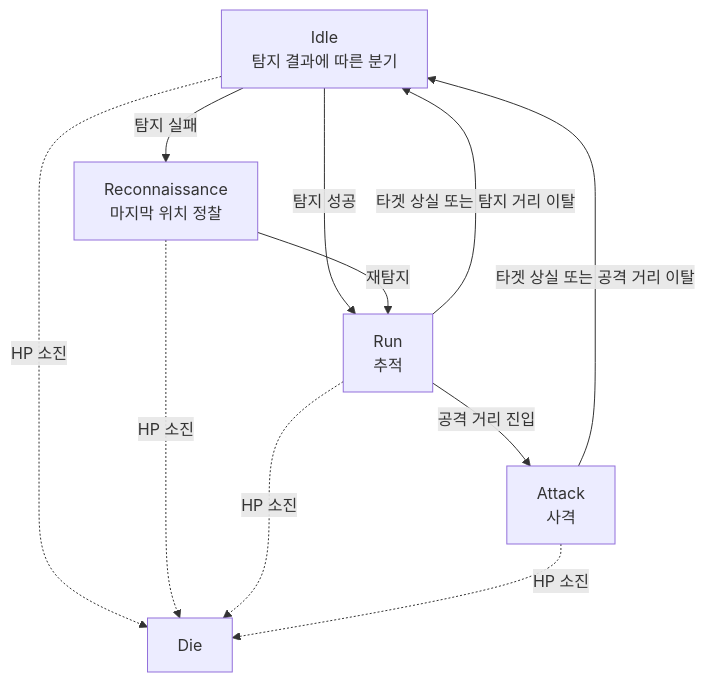
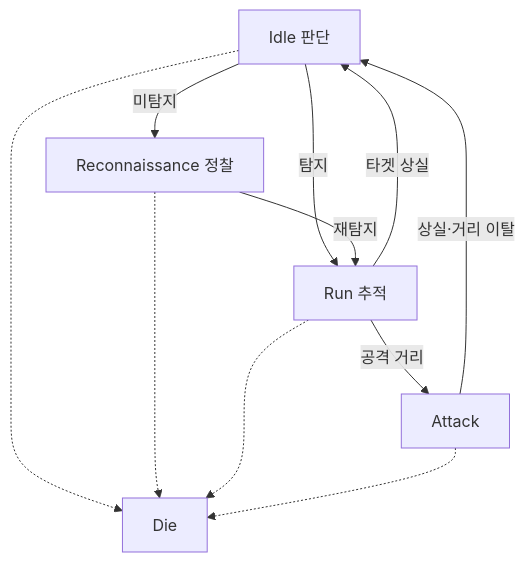
The second of 3 diagrams in Unity_fps_project/Project/architecture.md (youngchan-kim/Developer_Portfolio), drawn with Mermaid before and after one commit. The commit also changed other lines of this file and 8 other files, not shown here.

````diff
--- a/Unity_fps_project/Project/architecture.md
+++ b/Unity_fps_project/Project/architecture.md
@@ -130,13 +22,13 @@
 ```mermaid
 flowchart TD
-    I["Idle<br/>탐지 결과에 따른 분기"] -->|탐지 성공| R["Run<br/>추적"]
-    I -->|탐지 실패| S["Reconnaissance<br/>마지막 위치 정찰"]
+    I[Idle 판단] -->|탐지| R[Run 추적]
+    I -->|미탐지| S[Reconnaissance 정찰]
     S -->|재탐지| R
-    R -->|공격 거리 진입| A["Attack<br/>사격"]
-    R -->|타겟 상실 또는 탐지 거리 이탈| I
-    A -->|타겟 상실 또는 공격 거리 이탈| I
-    I -.->|HP 소진| D["Die"]
-    S -.->|HP 소진| D
-    R -.->|HP 소진| D
-    A -.->|HP 소진| D
+    R -->|공격 거리| A[Attack]
+    R -->|타겟 상실| I
+    A -->|상실·거리 이탈| I
+    I -.-> D[Die]
+    S -.-> D
+    R -.-> D
+    A -.-> D
 ```
````
